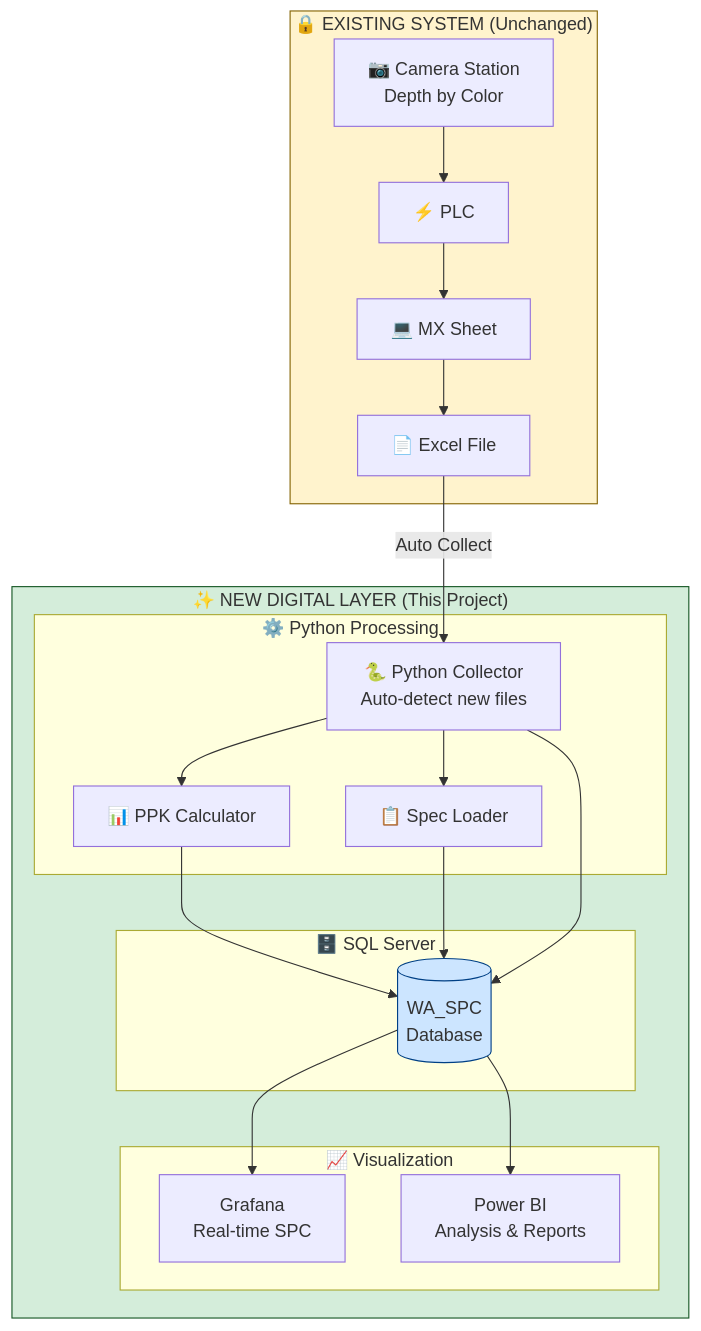
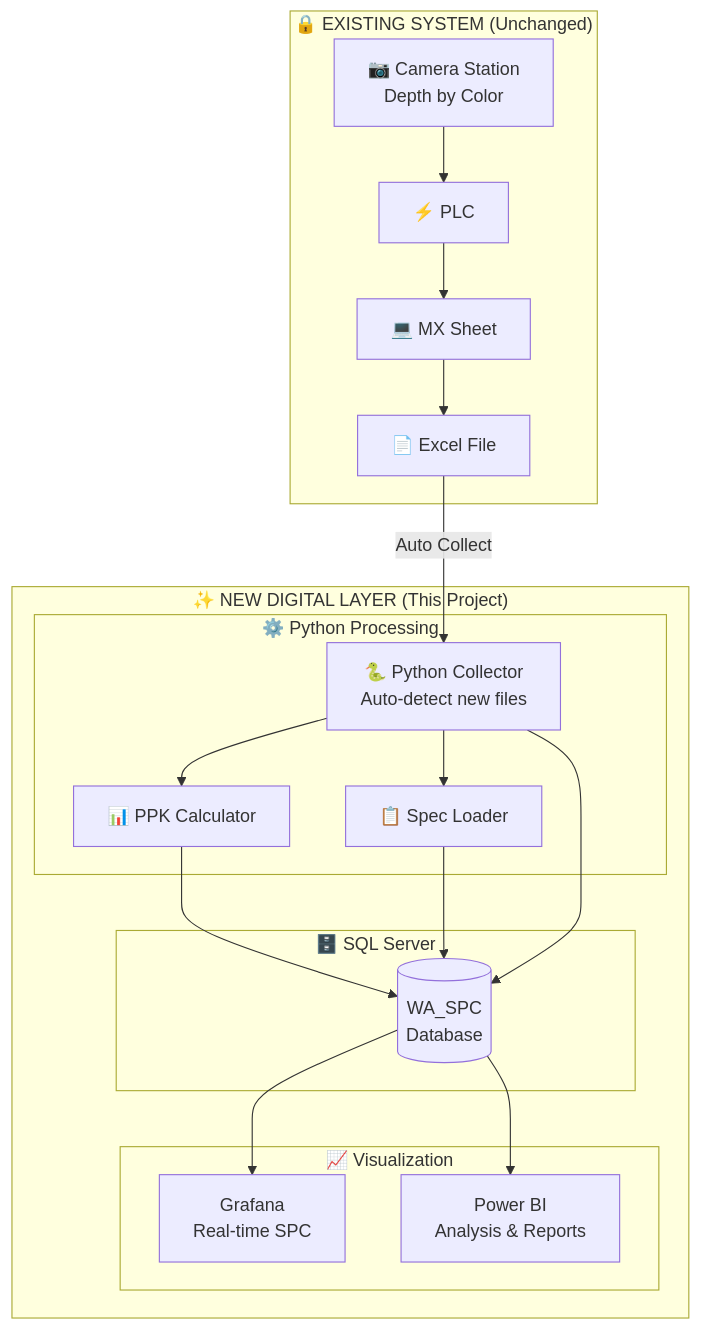
Before and after one commit to KSangmuang/SPC-Dashboard: the second of 12 diagrams in README.md, drawn with Mermaid. The commit also changed other lines of this file, not shown here.

````diff
--- a/README.md
+++ b/README.md
@@ -100,43 +97,39 @@
 ```mermaid
 flowchart TB
     subgraph EXISTING["🔒 EXISTING SYSTEM (Unchanged)"]
         CAM[📷 Camera Station<br/>Depth by Color]
         PLC[⚡ PLC]
         MX[💻 MX Sheet]
         EXCEL[📄 Excel File]
         
         CAM --> PLC
         PLC --> MX
         MX --> EXCEL
     end
     
     subgraph NEW["✨ NEW DIGITAL LAYER (This Project)"]
         subgraph PROCESS["⚙️ Python Processing"]
             COLLECTOR[🐍 Python Collector<br/>Auto-detect new files]
             PPK_CALC[📊 PPK Calculator]
             SPEC[📋 Spec Loader]
         end
         
         subgraph DATABASE["🗄️ SQL Server"]
             DB[(WA_SPC<br/>Database)]
         end
         
         subgraph VISUAL["📈 Visualization"]
             GRAFANA[Grafana<br/>Real-time SPC]
             POWERBI[Power BI<br/>Analysis & Reports]
         end
     end
     
     EXCEL -->|Auto Collect| COLLECTOR
     COLLECTOR --> PPK_CALC
     COLLECTOR --> SPEC
     PPK_CALC --> DB
     SPEC --> DB
     COLLECTOR --> DB
     DB --> GRAFANA
     DB --> POWERBI
-    
-    style EXISTING fill:#fff3cd,stroke:#856404
-    style NEW fill:#d4edda,stroke:#155724
-    style DB fill:#cce5ff,stroke:#004085
 ```
````
